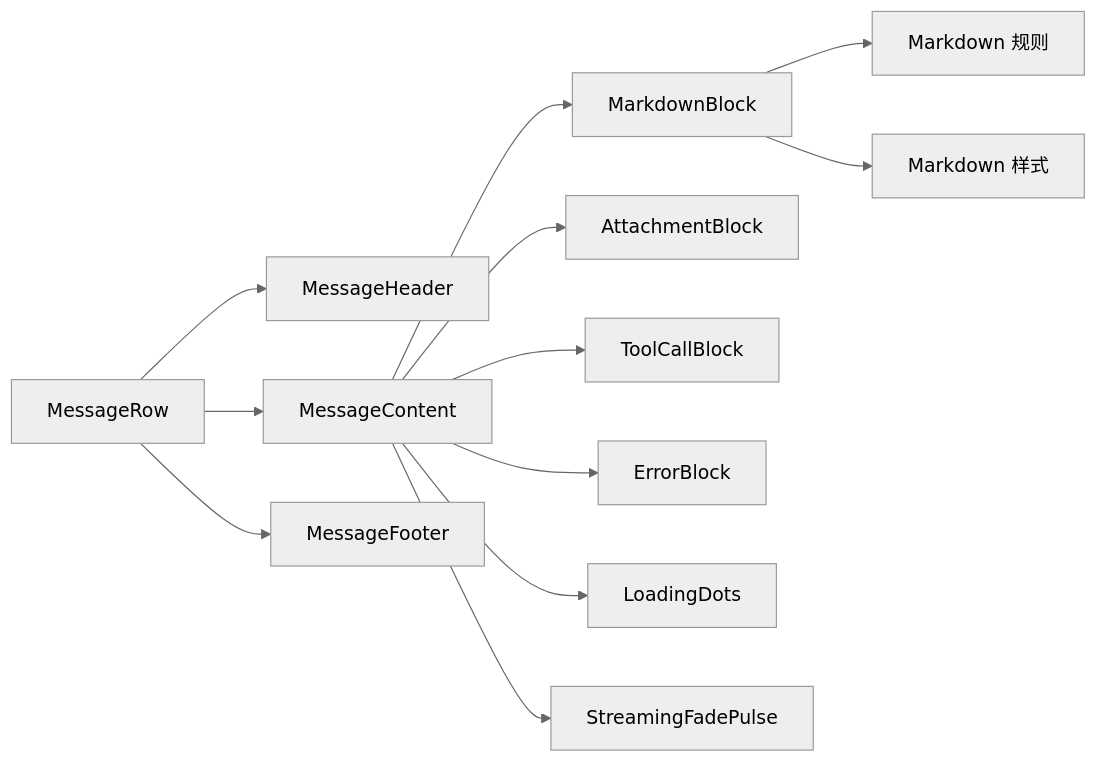
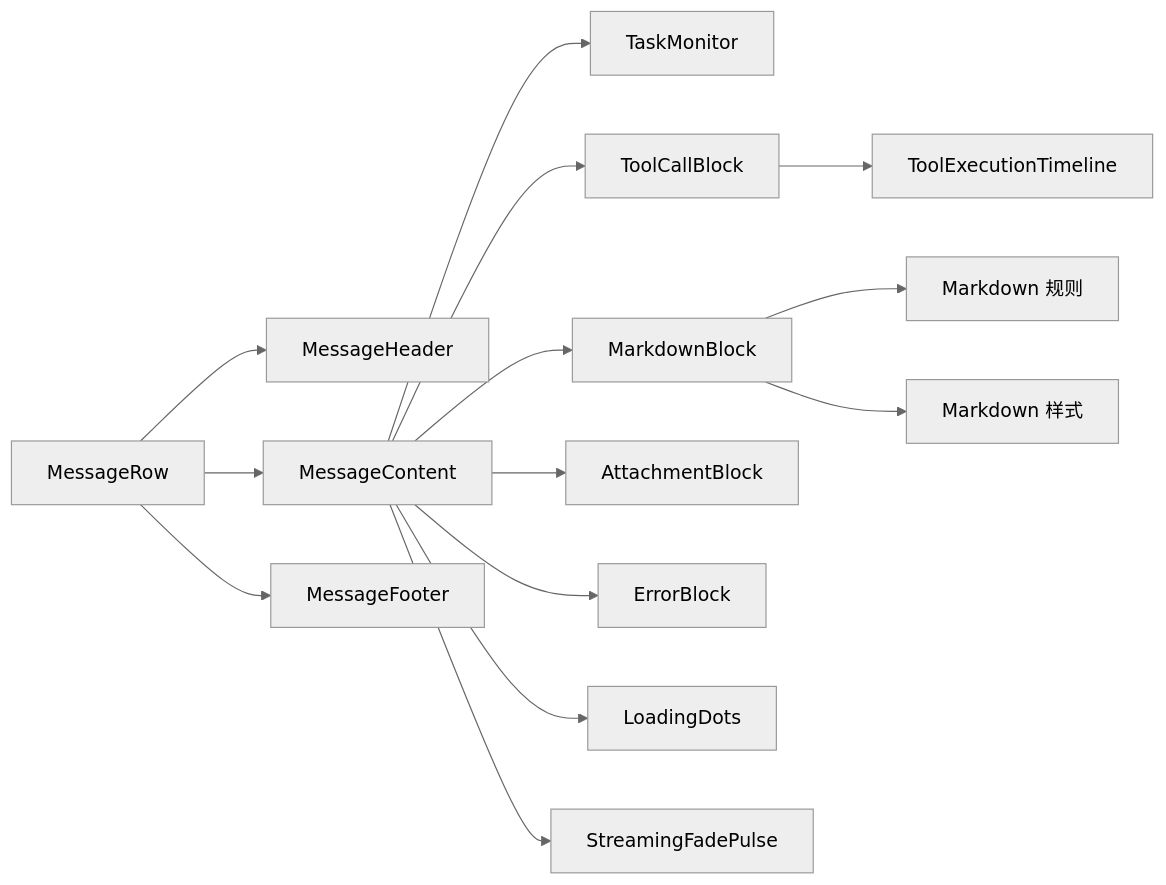
The eighth of 9 diagrams in .qoder/repowiki/zh/content/UI组件系统/聊天组件.md (NarcisWL/Nexara), drawn with Mermaid (neutral theme) before and after one commit. The commit also changed other lines of this file and 4 other files, not shown here.

````diff
--- a/.qoder/repowiki/zh/content/UI组件系统/聊天组件.md
+++ b/.qoder/repowiki/zh/content/UI组件系统/聊天组件.md
@@ -332,14 +374,16 @@
 ```mermaid
 graph LR
 MessageRow --> MessageHeader
 MessageRow --> MessageContent
 MessageRow --> MessageFooter
+MessageContent --> TaskMonitor
+MessageContent --> ToolCallBlock
+ToolCallBlock --> ToolExecutionTimeline
 MessageContent --> MarkdownBlock
 MessageContent --> AttachmentBlock
-MessageContent --> ToolCallBlock
 MessageContent --> ErrorBlock
 MessageContent --> LoadingDots
 MessageContent --> StreamingFadePulse
 MarkdownBlock --> MarkdownRules["Markdown 规则"]
 MarkdownBlock --> MarkdownStyles["Markdown 样式"]
 ```
````
